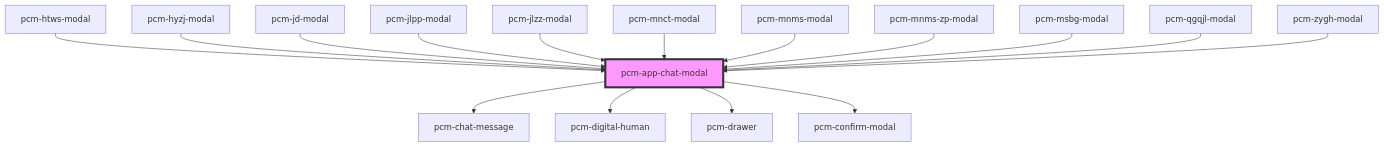
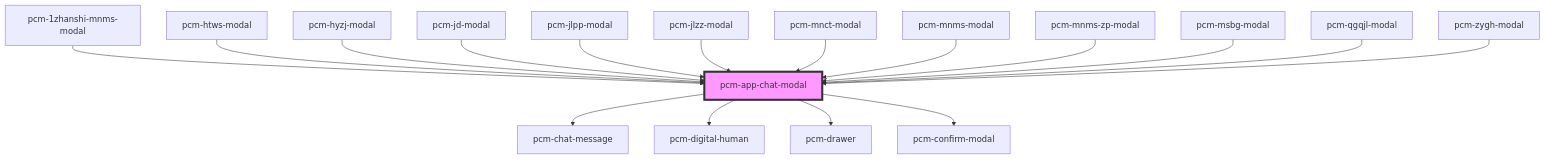
One commit to Pincaimao/pcm-agents-sdk changed the diagram in packages/pcm-agents/docs/components/pcm-app-chat-modal/readme.md. Above: the diagram before and after it, drawn with Mermaid. The commit also changed other lines of this file and 12 other files, not shown here.

````diff
--- a/packages/pcm-agents/docs/components/pcm-app-chat-modal/readme.md
+++ b/packages/pcm-agents/docs/components/pcm-app-chat-modal/readme.md
@@ -74,19 +75,20 @@
 ```mermaid
 graph TD;
   pcm-app-chat-modal --> pcm-chat-message
   pcm-app-chat-modal --> pcm-digital-human
   pcm-app-chat-modal --> pcm-drawer
   pcm-app-chat-modal --> pcm-confirm-modal
+  pcm-1zhanshi-mnms-modal --> pcm-app-chat-modal
   pcm-htws-modal --> pcm-app-chat-modal
   pcm-hyzj-modal --> pcm-app-chat-modal
   pcm-jd-modal --> pcm-app-chat-modal
   pcm-jlpp-modal --> pcm-app-chat-modal
   pcm-jlzz-modal --> pcm-app-chat-modal
   pcm-mnct-modal --> pcm-app-chat-modal
   pcm-mnms-modal --> pcm-app-chat-modal
   pcm-mnms-zp-modal --> pcm-app-chat-modal
   pcm-msbg-modal --> pcm-app-chat-modal
   pcm-qgqjl-modal --> pcm-app-chat-modal
   pcm-zygh-modal --> pcm-app-chat-modal
   style pcm-app-chat-modal fill:#f9f,stroke:#333,stroke-width:4px
 ```
````
